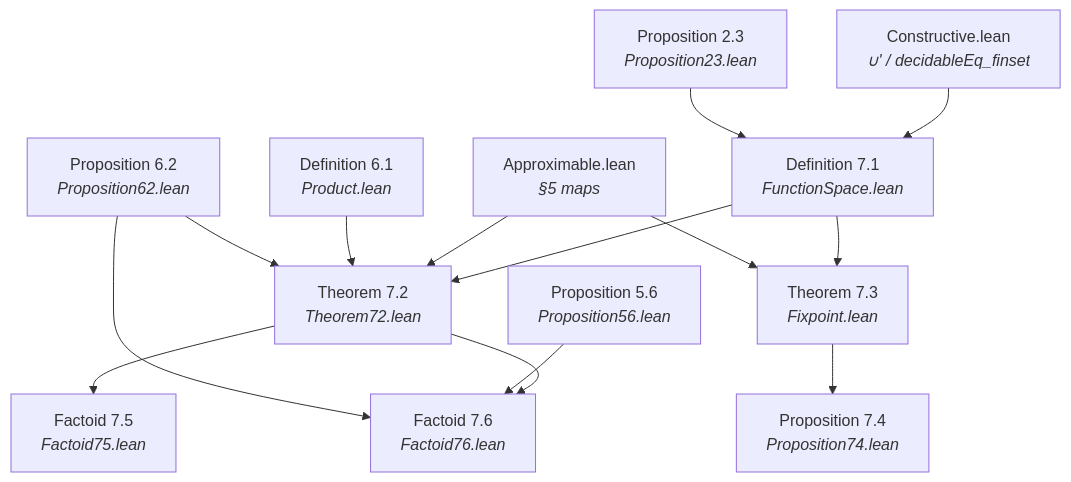
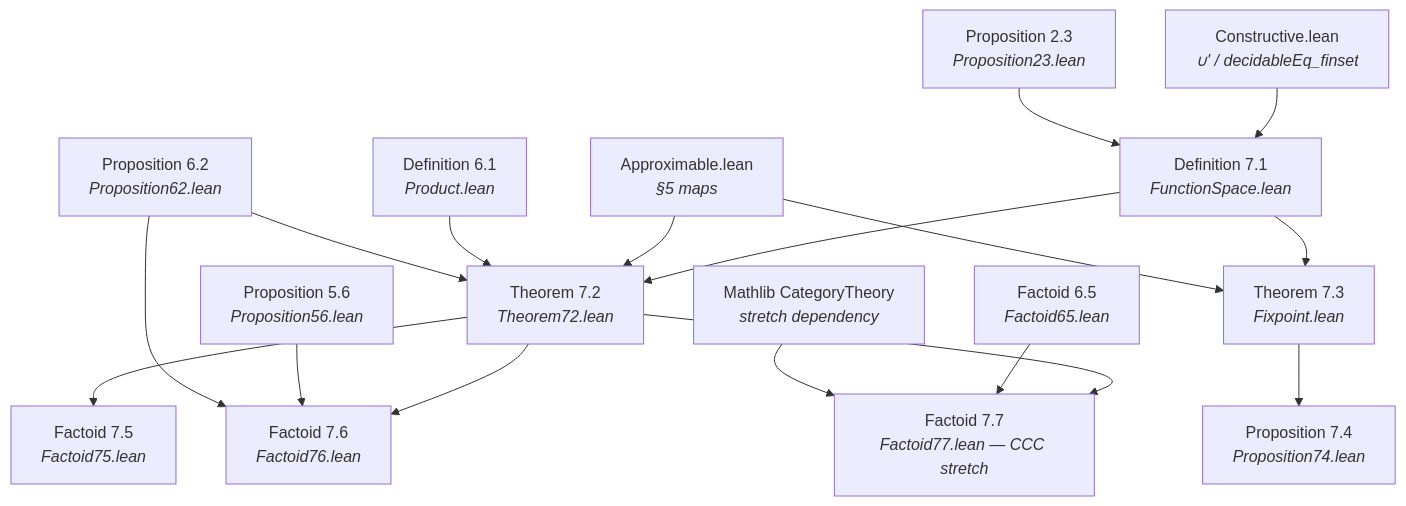
One commit to catskillsresearch/scott1982 changed the ninth of 10 diagrams in arxiv.md. Above: the diagram before and after it, drawn with Mermaid. The commit also changed other lines of this file and 3 other files, not shown here.

Commit message:
Add Factoid 7.7 CCC stretch goal and refresh §6–§7 mermaids.

````diff
--- a/arxiv.md
+++ b/arxiv.md
@@ -521,28 +522,34 @@
 ```mermaid
 flowchart TD
   C["Constructive.lean<br/><i>∪' / decidableEq_finset</i>"]
   P23["Proposition 2.3<br/><i>Proposition23.lean</i>"]
   Ap["Approximable.lean<br/><i>§5 maps</i>"]
   D61["Definition 6.1<br/><i>Product.lean</i>"]
   P62["Proposition 6.2<br/><i>Proposition62.lean</i>"]
   P56["Proposition 5.6<br/><i>Proposition56.lean</i>"]
+  F65["Factoid 6.5<br/><i>Factoid65.lean</i>"]
   D71["Definition 7.1<br/><i>FunctionSpace.lean</i>"]
   T72["Theorem 7.2<br/><i>Theorem72.lean</i>"]
   T73["Theorem 7.3<br/><i>Fixpoint.lean</i>"]
   P74["Proposition 7.4<br/><i>Proposition74.lean</i>"]
   F75["Factoid 7.5<br/><i>Factoid75.lean</i>"]
   F76["Factoid 7.6<br/><i>Factoid76.lean</i>"]
+  F77["Factoid 7.7<br/><i>Factoid77.lean — CCC stretch</i>"]
+  CT["Mathlib CategoryTheory<br/><i>stretch dependency</i>"]
   C --> D71
   P23 --> D71
   D71 --> T72
   Ap --> T72
   D61 --> T72
   P62 --> T72
   D71 --> T73
   Ap --> T73
   T73 --> P74
   T72 --> F75
   T72 --> F76
   P56 --> F76
   P62 --> F76
+  T72 --> F77
+  F65 --> F77
+  CT --> F77
 ```
````
